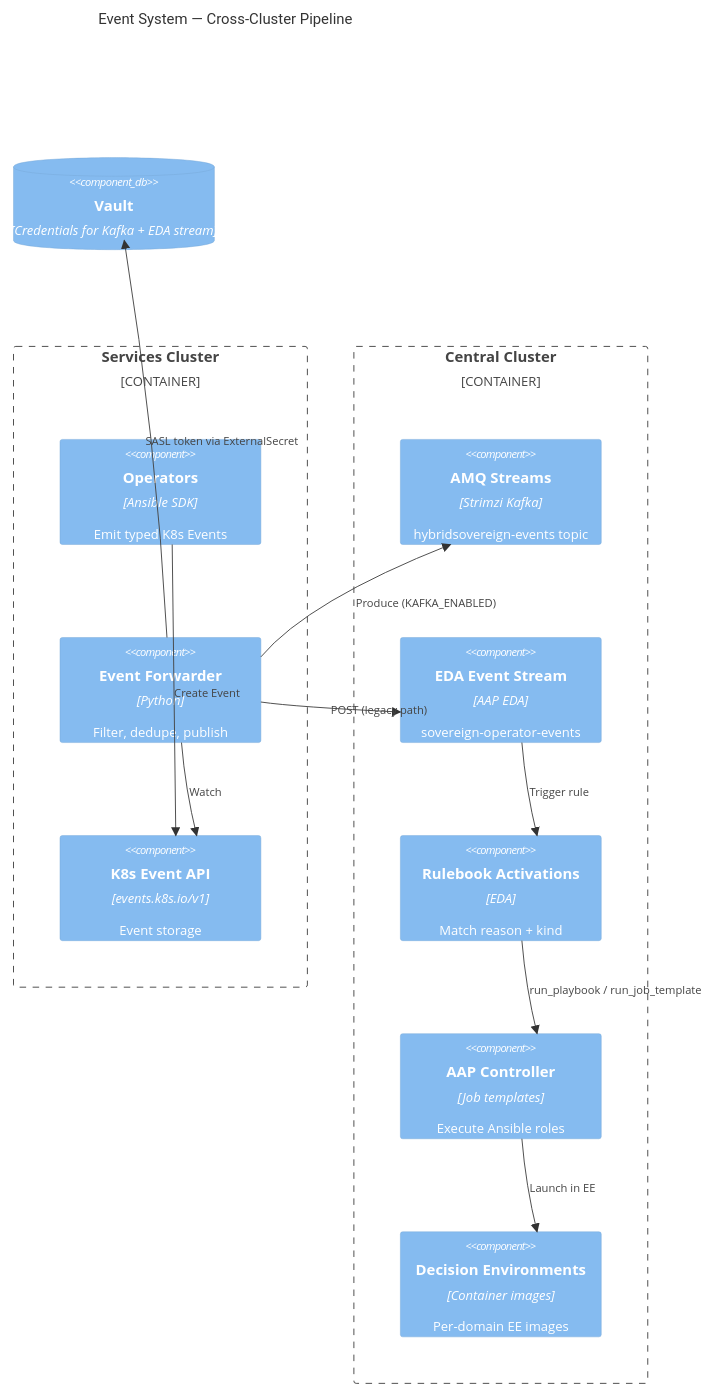
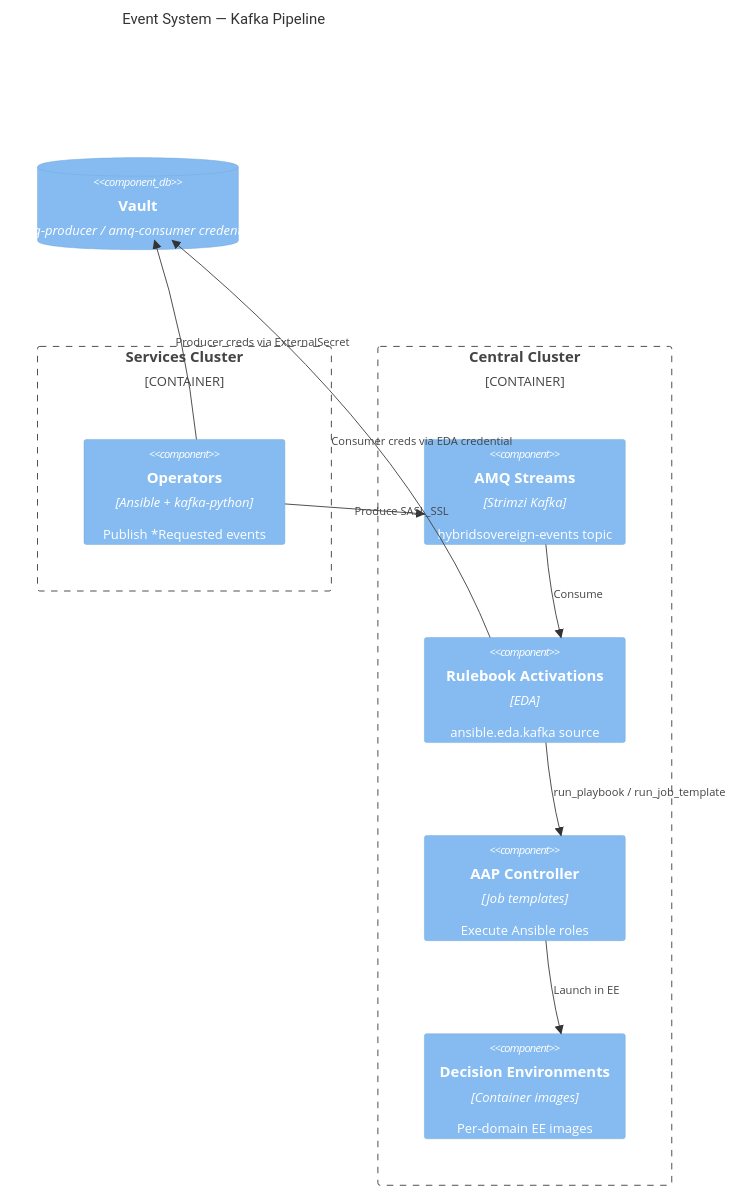
One commit to hybrid-sovereign-cloud/hybridcloud changed the first of 2 diagrams in architecture/docs/c4/components/event-system.md. Above: the diagram before and after it, drawn with Mermaid. The commit also changed other lines of this file and 200 other files, not shown here.

First line of the commit message:
feat: multi-phase rollout — Kafka EDA bus, UI shared layer, Hive polling, test specs

````diff
--- a/architecture/docs/c4/components/event-system.md
+++ b/architecture/docs/c4/components/event-system.md
@@ -21,29 +23,24 @@
 ```mermaid
 C4Component
-    title Event System — Cross-Cluster Pipeline
+    title Event System — Kafka Pipeline
 
     Container_Boundary(services, "Services Cluster") {
-        Component(operators, "Operators", "Ansible SDK", "Emit typed K8s Events")
-        Component(forwarder, "Event Forwarder", "Python", "Filter, dedupe, publish")
-        Component(k8sEvents, "K8s Event API", "events.k8s.io/v1", "Event storage")
+        Component(operators, "Operators", "Ansible + kafka-python", "Publish *Requested events")
     }
 
     Container_Boundary(central, "Central Cluster") {
         Component(kafka, "AMQ Streams", "Strimzi Kafka", "hybridsovereign-events topic")
-        Component(eventStream, "EDA Event Stream", "AAP EDA", "sovereign-operator-events")
-        Component(activations, "Rulebook Activations", "EDA", "Match reason + kind")
+        Component(activations, "Rulebook Activations", "EDA", "ansible.eda.kafka source")
         Component(aap, "AAP Controller", "Job templates", "Execute Ansible roles")
         Component(des, "Decision Environments", "Container images", "Per-domain EE images")
     }
 
-    ComponentDb(vault, "Vault", "Credentials for Kafka + EDA stream")
+    ComponentDb(vault, "Vault", "amq-producer / amq-consumer credentials")
 
-    Rel(operators, k8sEvents, "Create Event")
-    Rel(forwarder, k8sEvents, "Watch")
-    Rel(forwarder, kafka, "Produce (KAFKA_ENABLED)")
-    Rel(forwarder, eventStream, "POST (legacy path)")
-    Rel(eventStream, activations, "Trigger rule")
+    Rel(operators, kafka, "Produce SASL_SSL")
+    Rel(kafka, activations, "Consume")
     Rel(activations, aap, "run_playbook / run_job_template")
     Rel(aap, des, "Launch in EE")
-    Rel(forwarder, vault, "SASL token via ExternalSecret")
+    Rel(operators, vault, "Producer creds via ExternalSecret")
+    Rel(activations, vault, "Consumer creds via EDA credential")
 ```
````
